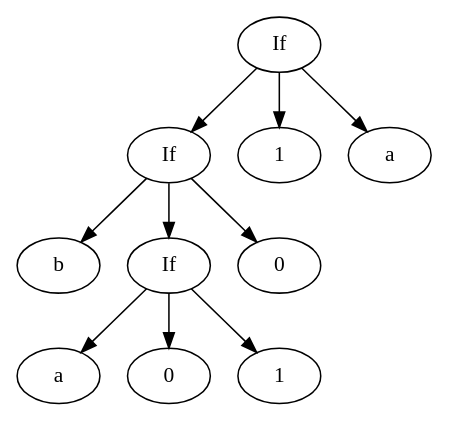
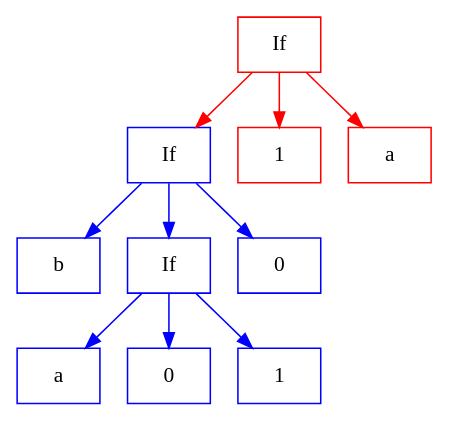
One commit to chathamabate/youtube-misc changed the diagram in boolreduce/graphs/toIf3.gv. Above: the diagram before and after it, drawn with Graphviz. The commit also changed 11 other files, not shown here.

```diff
--- a/boolreduce/graphs/toIf3.gv
+++ b/boolreduce/graphs/toIf3.gv
@@ -1,23 +1,36 @@
 
 // toIf3
 digraph G {
-    n0 [label="If"];
-    n0 -> n1;
-    n1 [label="If"];
-    n1 -> n2;
-    n2 [label="b"];
-    n1 -> n3;
-    n3 [label="If"];
-    n3 -> n4;
-    n4 [label="a"];
-    n3 -> n5;
-    n5 [label="0"];
-    n3 -> n6;
-    n6 [label="1"];
-    n1 -> n7;
-    n7 [label="0"];
-    n0 -> n8;
-    n8 [label="1"];
-    n0 -> n9;
-    n9 [label="a"];
+    node [shape="box"];
+    n0 [label="If" color="red"];
+    n0 -> n1 [color="red"];
+    n1 [label="If" color = "blue"];
+
+    subgraph F {
+        node [color = "blue"]
+        edge [color = "blue"]
+
+        n1 -> n2;
+        n2 [label="b"];
+        n1 -> n3;
+        n3 [label="If"];
+        n3 -> n4;
+        n4 [label="a"];
+        n3 -> n5;
+        n5 [label="0"];
+        n3 -> n6;
+        n6 [label="1"];
+        n1 -> n7;
+        n7 [label="0"];
+    }
+
+    subgraph D {
+        node [color = "red"]
+        edge [color = "red"]
+
+        n0 -> n8;
+        n8 [label="1"];
+        n0 -> n9;
+        n9 [label="a"];
+    }
 }
```
